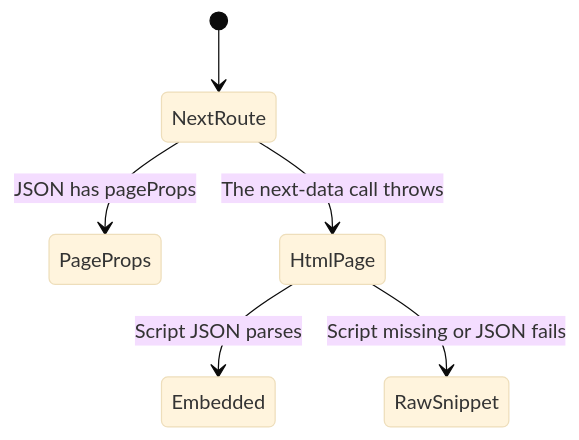
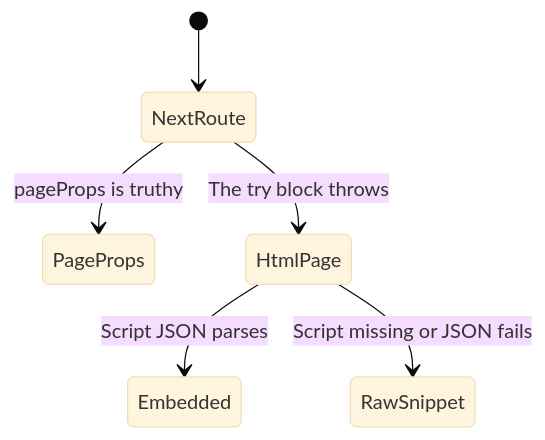
One commit to LeadGrowGTM/skool-mcp changed the diagram in docs/state/notifications-fallback.md. Above: the diagram before and after it, drawn with Mermaid (base theme). The commit also changed other lines of this file and 5 other files, not shown here.

````diff
--- a/docs/state/notifications-fallback.md
+++ b/docs/state/notifications-fallback.md
@@ -40,8 +40,8 @@
 ```mermaid
 stateDiagram-v2
     [*] --> NextRoute
-    NextRoute --> PageProps: JSON has pageProps
-    NextRoute --> HtmlPage: The next-data call throws
+    NextRoute --> PageProps: pageProps is truthy
+    NextRoute --> HtmlPage: The try block throws
     HtmlPage --> Embedded: Script JSON parses
     HtmlPage --> RawSnippet: Script missing or JSON fails
 ```
````
